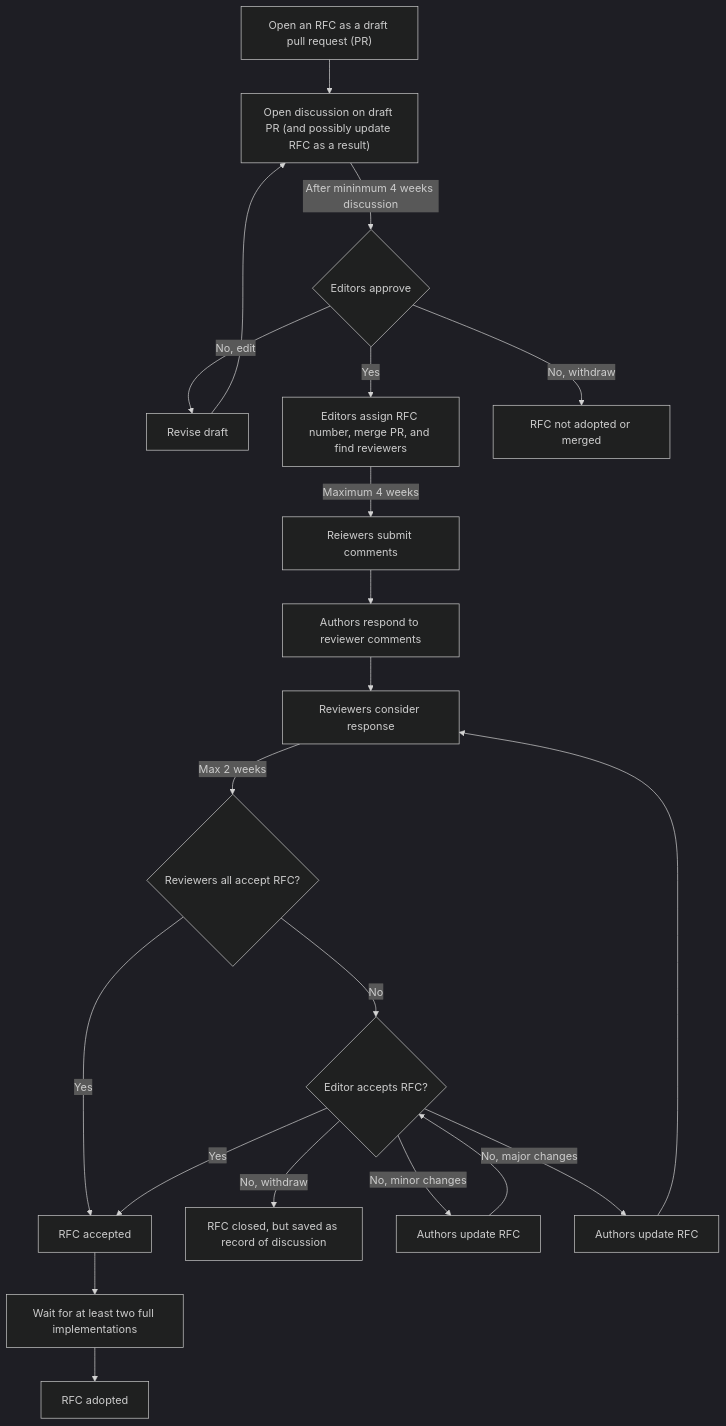
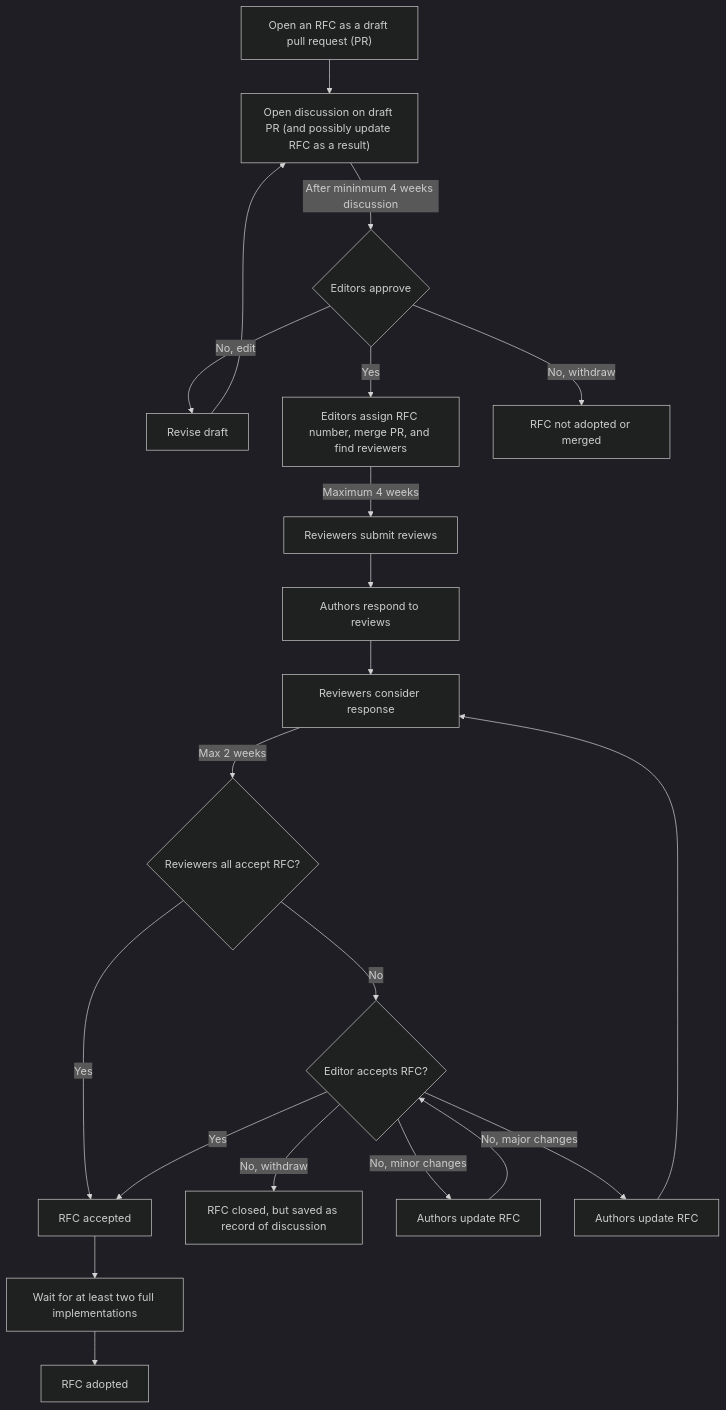
Before and after one commit to ome/ngff: the diagram in resources/process/process.md, drawn with Mermaid (dark theme). The commit also changed other lines of this file, not shown here.

Commit message:
Check wording/spelling on flowchart

````diff
--- a/resources/process/process.md
+++ b/resources/process/process.md
@@ -88,79 +91,79 @@
 ```mermaid
 flowchart TD
 
 open --> discuss_draft
 
 discuss_draft -->|After mininmum 4 weeks discussion| draft_approve
 
 draft_approve -->|No, edit| revise_draft
 
 revise_draft --> discuss_draft
 
 draft_approve -->|Yes| editor_assign
 
 draft_approve -->|No, withdraw| close
 
 editor_assign -->|Maximum 4 weeks| review
 
 review --> respond
 
 respond --> re_review
 
 re_review -->|Max 2 weeks| review_decision
 
 review_decision -->|No| editor_decision
 
 review_decision -->|Yes| accept
 
 editor_decision -->|Yes| accept
 
 editor_decision -->|No, withdraw| close_after_review
 
 editor_decision -->|No, minor changes| minor_changes
 
 minor_changes --> editor_decision
 
 editor_decision -->|No, major changes| major_changes
 
 major_changes --> re_review
 
 accept --> implement
 
 implement --> adopt
 
 
 
 open["Open an RFC as a draft pull request (PR)"]
 
 discuss_draft["Open discussion on draft PR (and possibly update RFC as a result)"]
 
 draft_approve{"Editors approve"}
 
 revise_draft["Revise draft"]
 
 close["RFC not adopted or merged"]
 
 editor_assign["Editors assign RFC number, merge PR, and find reviewers"]
 
-review["Reiewers submit comments"]
+review["Reviewers submit reviews"]
 
-respond["Authors respond to reviewer comments"]
+respond["Authors respond to reviews"]
 
 re_review["Reviewers consider response"]
 
 major_changes["Authors update RFC"]
 
 minor_changes["Authors update RFC"]
 
 review_decision{"Reviewers all accept RFC?"}
 
 editor_decision{"Editor accepts RFC?"}
 
 close_after_review["RFC closed, but saved as record of discussion"]
 
 accept["RFC accepted"]
 
 implement["Wait for at least two full implementations"]
 
 adopt["RFC adopted"]
 ```
````
